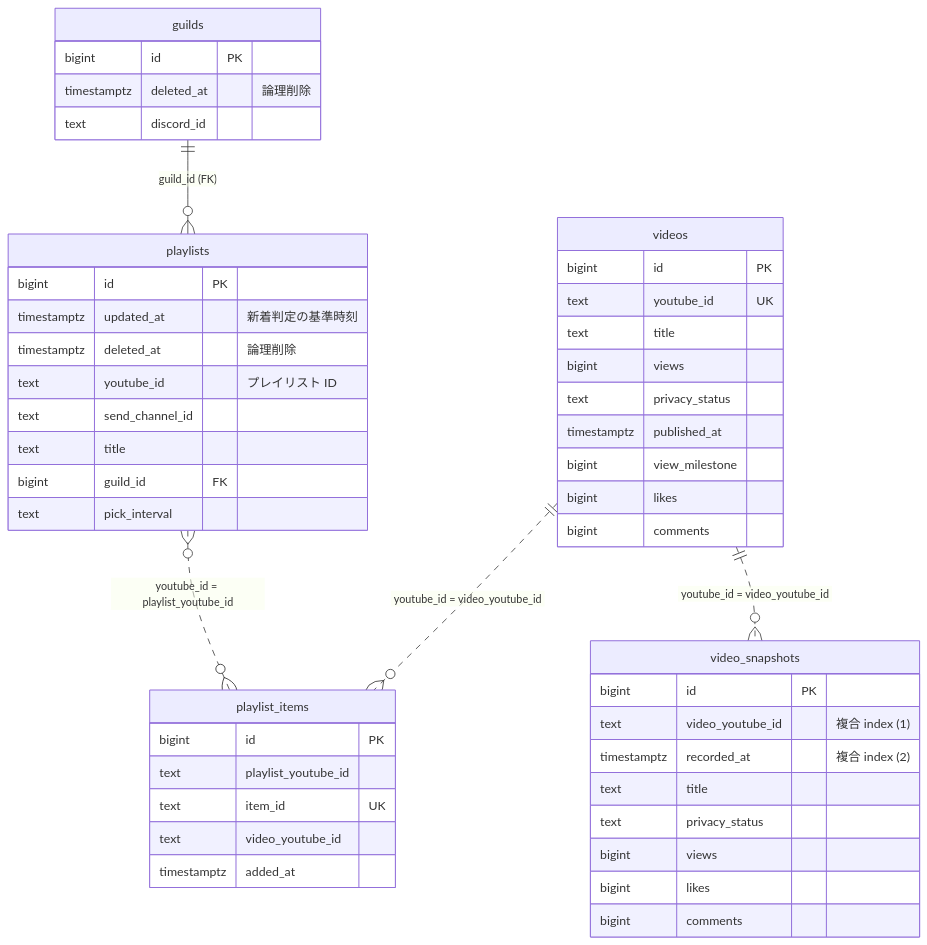
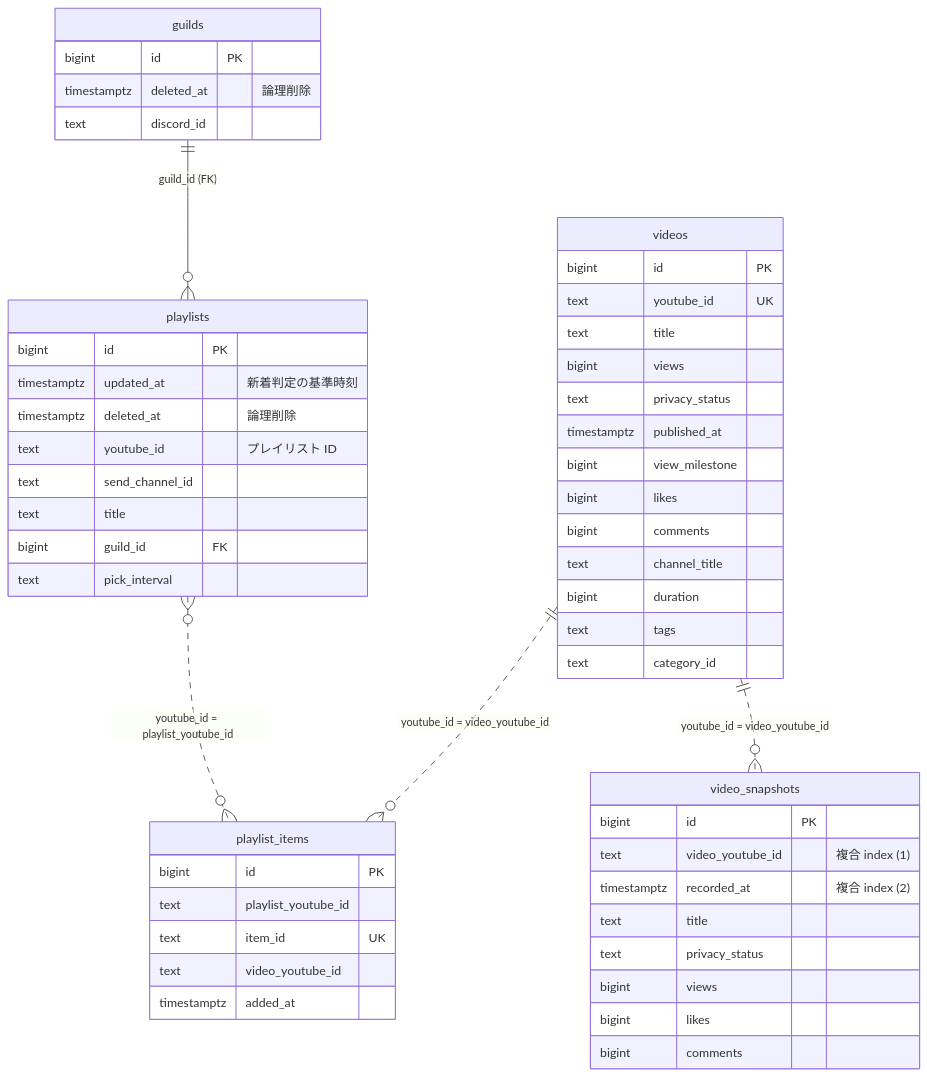
The first of 5 diagrams in README.md (tabo-syu/discord-playlist-notifier), drawn with Mermaid before and after one commit. The commit also changed other lines of this file and 7 other files, not shown here.

````diff
--- a/README.md
+++ b/README.md
@@ -149,51 +149,55 @@
 ```mermaid
 erDiagram
     guilds ||--o{ playlists : "guild_id (FK)"
     playlists }o..o{ playlist_items : "youtube_id = playlist_youtube_id"
     videos ||..o{ playlist_items : "youtube_id = video_youtube_id"
     videos ||..o{ video_snapshots : "youtube_id = video_youtube_id"
 
     guilds {
         bigint id PK
         timestamptz deleted_at "論理削除"
         text discord_id
     }
     playlists {
         bigint id PK
         timestamptz updated_at "新着判定の基準時刻"
         timestamptz deleted_at "論理削除"
         text youtube_id "プレイリスト ID"
         text send_channel_id
         text title
         bigint guild_id FK
         text pick_interval
     }
     playlist_items {
         bigint id PK
         text playlist_youtube_id
         text item_id UK
         text video_youtube_id
         timestamptz added_at
     }
     videos {
         bigint id PK
         text youtube_id UK
         text title
         bigint views
         text privacy_status
         timestamptz published_at
         bigint view_milestone
         bigint likes
         bigint comments
+        text channel_title
+        bigint duration
+        text tags
+        text category_id
     }
     video_snapshots {
         bigint id PK
         text video_youtube_id "複合 index (1)"
         timestamptz recorded_at "複合 index (2)"
         text title
         text privacy_status
         bigint views
         bigint likes
         bigint comments
     }
 ```
````
